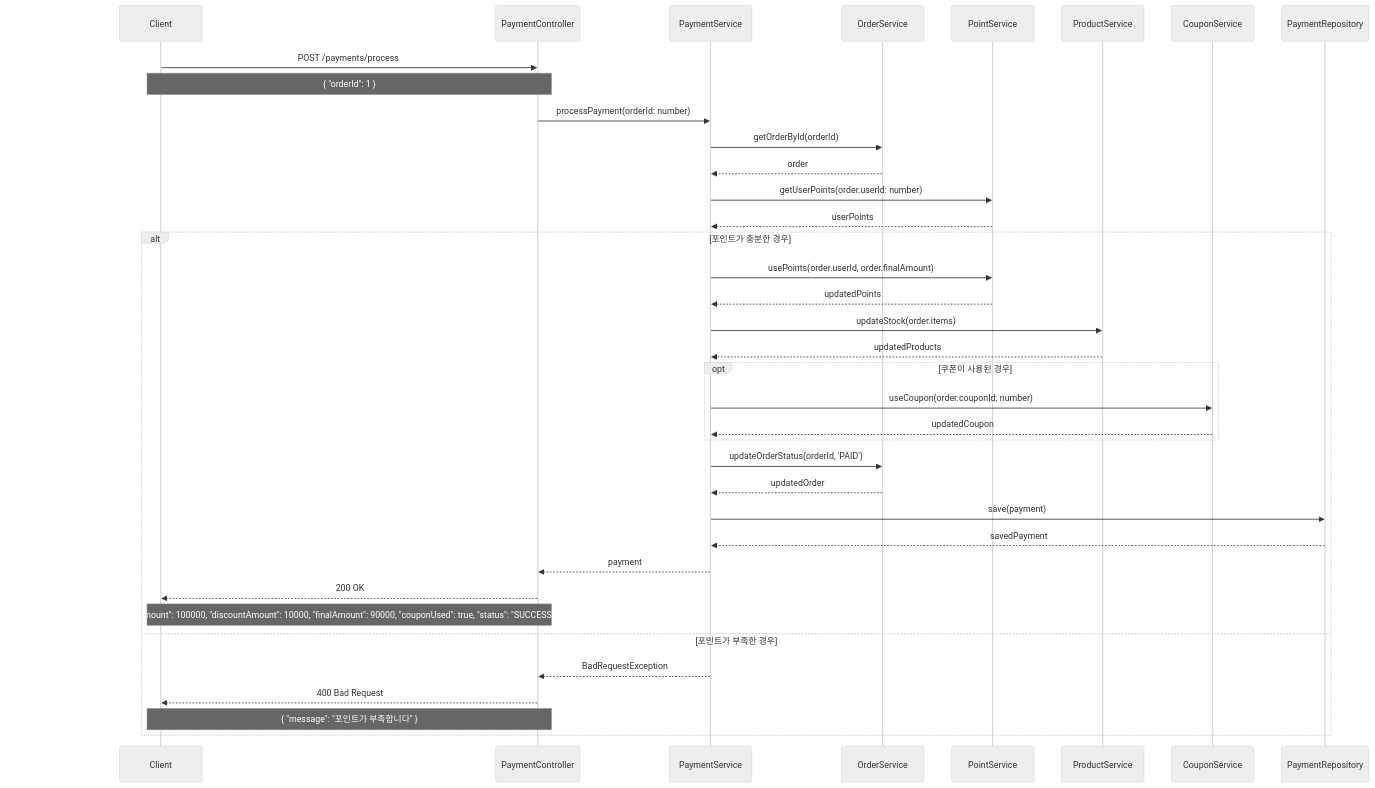
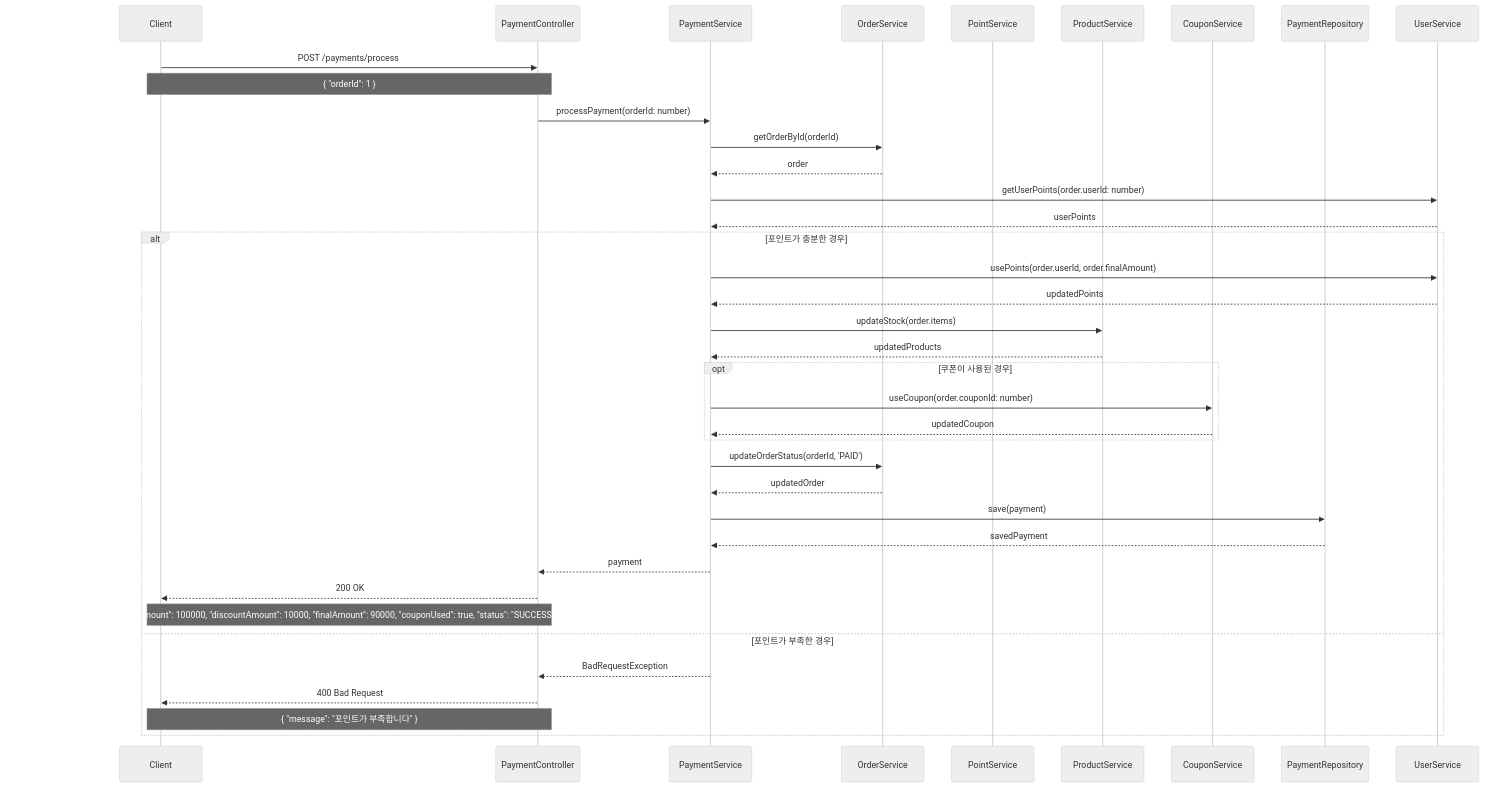
The eighth of 11 diagrams in docs/SequenceDiagrams.md (seuthootDev/hanghae-plus-backend), drawn with Mermaid (neutral theme) before and after one commit. The commit also changed other lines of this file and 1 other file, not shown here.

Commit message:
docs: api 명세서, 시퀀스 다이어그램 수정 api 명세서를 rest api에 맞게 수정 후, 시퀀스는 api 명세서에 명세된 api 기능들로 구성함

````diff
--- a/docs/SequenceDiagrams.md
+++ b/docs/SequenceDiagrams.md
@@ -296,48 +205,48 @@
 ```mermaid
 sequenceDiagram
     participant Client
     participant PaymentController
     participant PaymentService
     participant OrderService
     participant PointService
     participant ProductService
     participant CouponService
     participant PaymentRepository
 
     Client->>PaymentController: POST /payments/process
     Note over Client,PaymentController: { "orderId": 1 }
     
     PaymentController->>PaymentService: processPayment(orderId: number)
     PaymentService->>OrderService: getOrderById(orderId)
     OrderService-->>PaymentService: order
     
-    PaymentService->>PointService: getUserPoints(order.userId: number)
-    PointService-->>PaymentService: userPoints
+    PaymentService->>UserService: getUserPoints(order.userId: number)
+    UserService-->>PaymentService: userPoints
     
     alt 포인트가 충분한 경우
-        PaymentService->>PointService: usePoints(order.userId, order.finalAmount)
-        PointService-->>PaymentService: updatedPoints
+        PaymentService->>UserService: usePoints(order.userId, order.finalAmount)
+        UserService-->>PaymentService: updatedPoints
         
         PaymentService->>ProductService: updateStock(order.items)
         ProductService-->>PaymentService: updatedProducts
         
         opt 쿠폰이 사용된 경우
             PaymentService->>CouponService: useCoupon(order.couponId: number)
             CouponService-->>PaymentService: updatedCoupon
         end
         
         PaymentService->>OrderService: updateOrderStatus(orderId, 'PAID')
         OrderService-->>PaymentService: updatedOrder
         
         PaymentService->>PaymentRepository: save(payment)
         PaymentRepository-->>PaymentService: savedPayment
         
         PaymentService-->>PaymentController: payment
         PaymentController-->>Client: 200 OK
         Note over Client,PaymentController: { "paymentId": 1, "orderId": 1, "totalAmount": 100000, "discountAmount": 10000, "finalAmount": 90000, "couponUsed": true, "status": "SUCCESS", "paidAt": "2024-01-01T10:00:00Z" }
     else 포인트가 부족한 경우
         PaymentService-->>PaymentController: BadRequestException
         PaymentController-->>Client: 400 Bad Request
         Note over Client,PaymentController: { "message": "포인트가 부족합니다" }
     end
 ```
````
